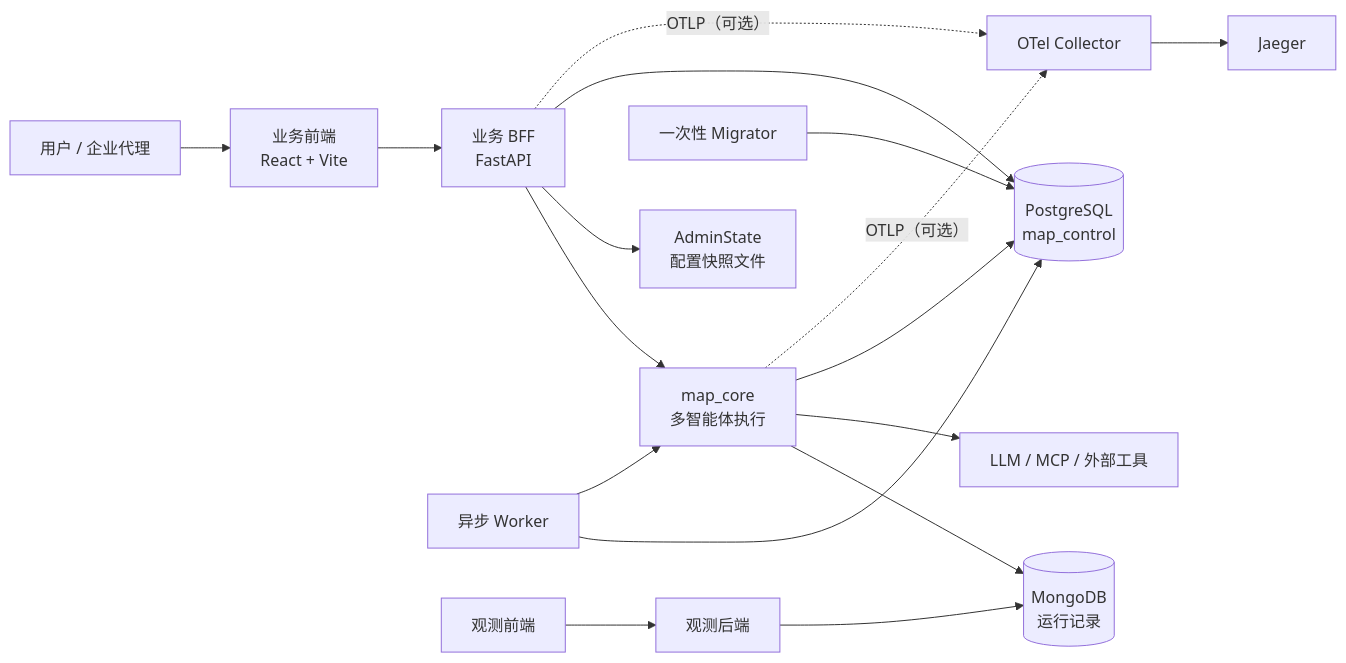
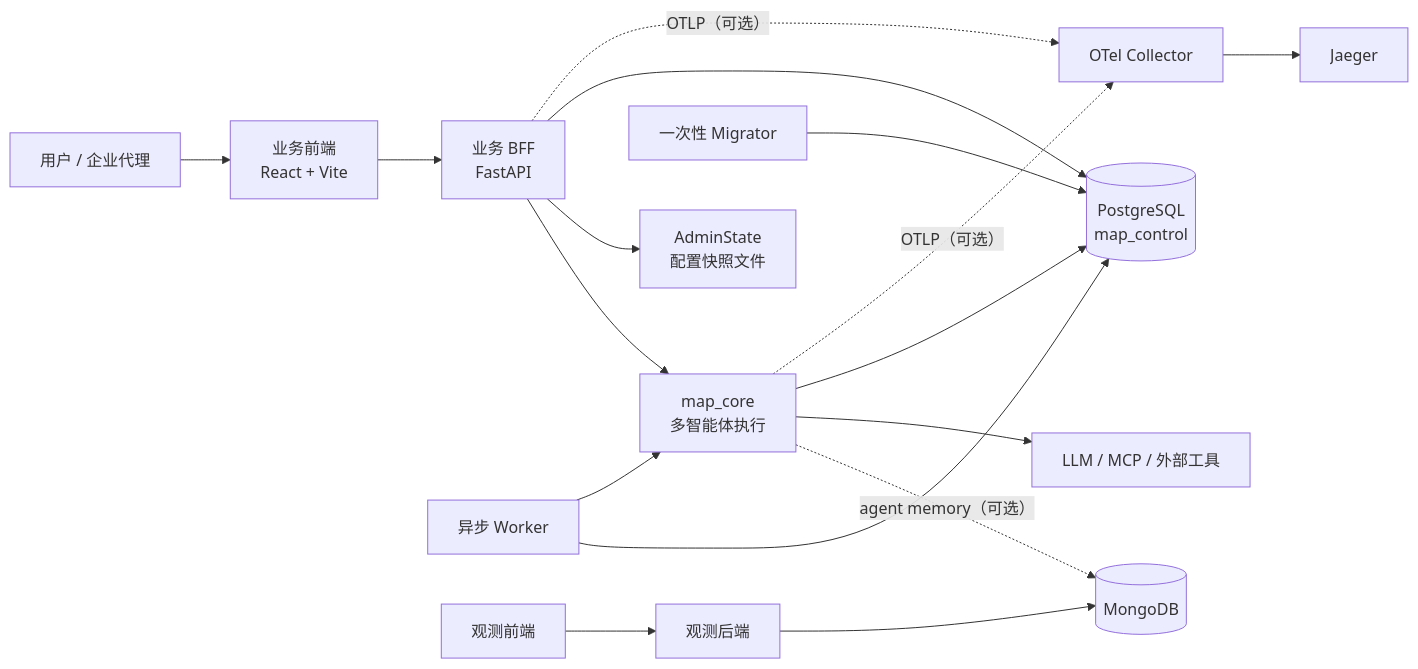
Before and after one commit to Joker15LSN/MAP: the diagram in README.md, drawn with Mermaid. The commit also changed other lines of this file and 21 other files, not shown here.

Commit message:
refactor(core): Step 8 PR-K8 delete Mongo state/telemetry abstraction; boot optional

````diff
--- a/README.md
+++ b/README.md
@@ -47,24 +47,24 @@
 ```mermaid
 flowchart LR
     User["用户 / 企业代理"] --> Web["业务前端<br/>React + Vite"]
     Web --> BFF["业务 BFF<br/>FastAPI"]
 
     BFF --> Core["map_core<br/>多智能体执行"]
     BFF --> State["AdminState<br/>配置快照文件"]
     BFF --> PG[("PostgreSQL<br/>map_control")]
 
     Worker["异步 Worker"] --> PG
     Worker --> Core
     Migrator["一次性 Migrator"] --> PG
 
-    Core --> Mongo[("MongoDB<br/>运行记录")]
+    Core -. "agent memory（可选）" .-> Mongo[("MongoDB")]
     Core --> LLM["LLM / MCP / 外部工具"]
     Core --> PG
 
     ObsWeb["观测前端"] --> ObsAPI["观测后端"]
     ObsAPI --> Mongo
 
     BFF -. "OTLP（可选）" .-> Collector["OTel Collector"]
     Core -. "OTLP（可选）" .-> Collector
     Collector --> Jaeger["Jaeger"]
 ```
````
